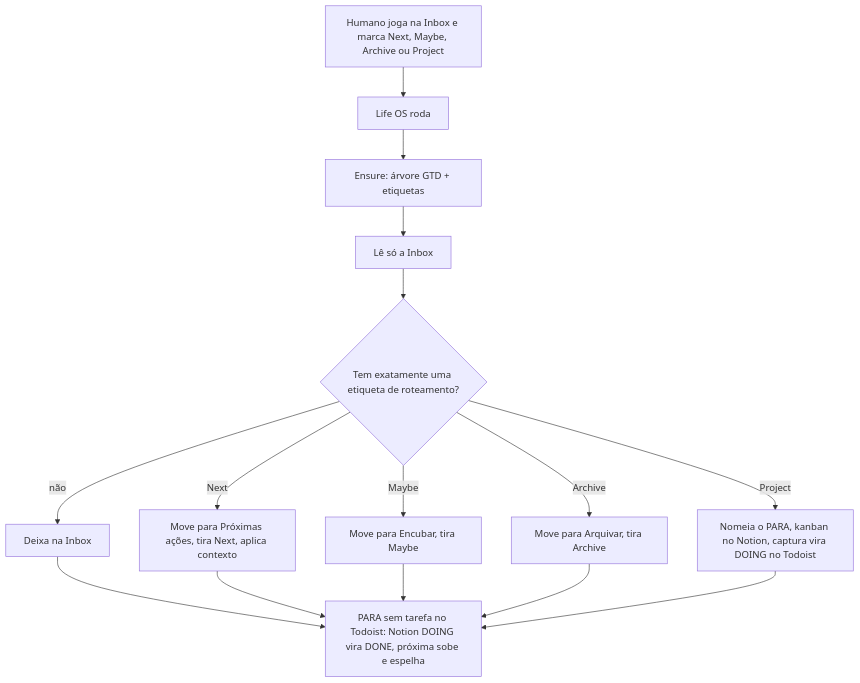
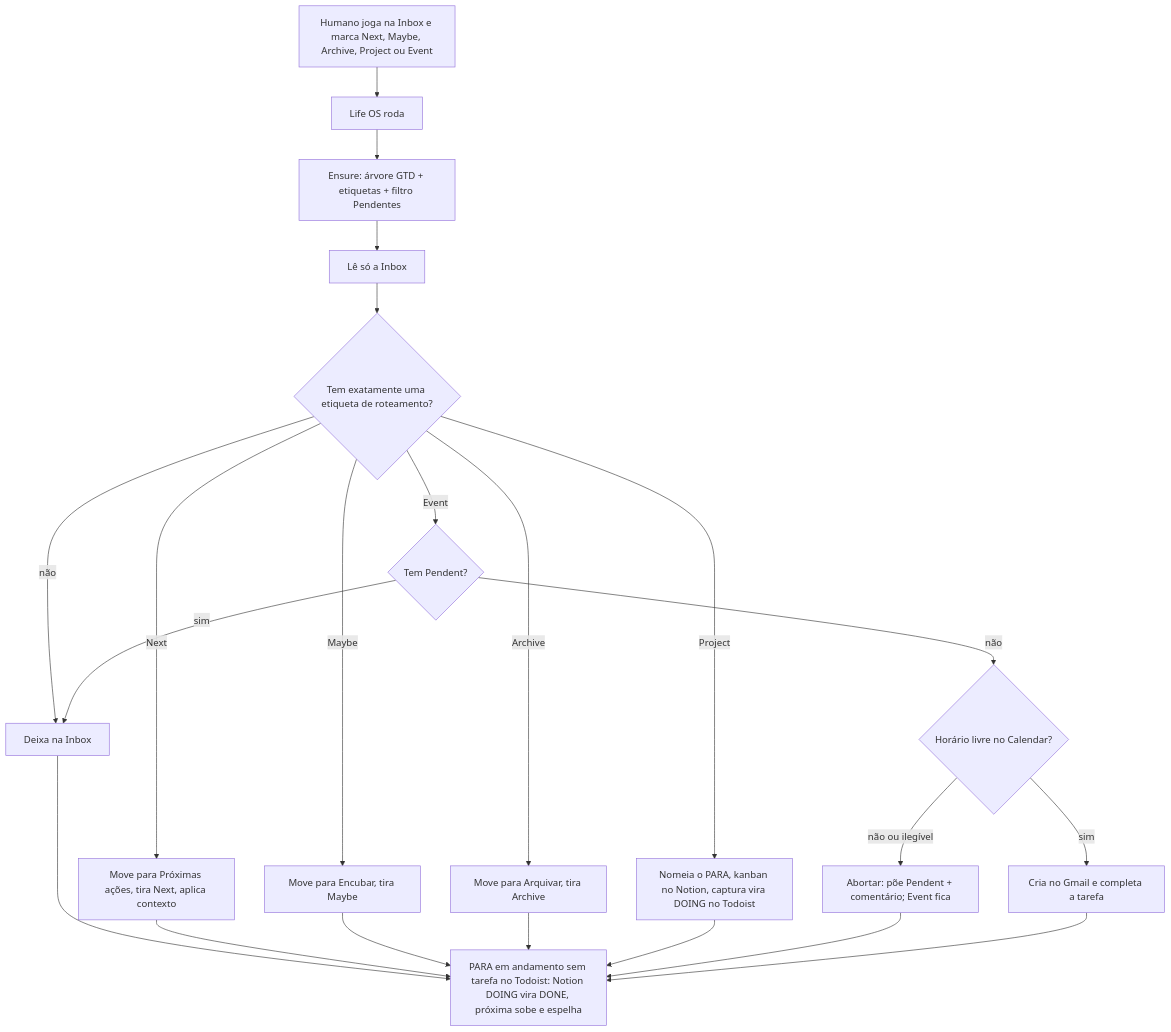
Before and after one commit to leandrobudaumoraes/MyLife: the diagram in docs/specs/01-todoist-fluxo.md, drawn with Mermaid. The commit also changed other lines of this file and 7 other files, not shown here.

````diff
--- a/docs/specs/01-todoist-fluxo.md
+++ b/docs/specs/01-todoist-fluxo.md
@@ -150,18 +174,25 @@
 ```mermaid
 flowchart TB
-  H["Humano joga na Inbox e marca Next, Maybe, Archive ou Project"] --> RUN["Life OS roda"]
-  RUN --> ENSURE["Ensure: árvore GTD + etiquetas"]
+  H["Humano joga na Inbox e marca Next, Maybe, Archive, Project ou Event"] --> RUN["Life OS roda"]
+  RUN --> ENSURE["Ensure: árvore GTD + etiquetas + filtro Pendentes"]
   ENSURE --> INBOX["Lê só a Inbox"]
   INBOX --> FILTRO{"Tem exatamente uma etiqueta de roteamento?"}
   FILTRO -->|não| SKIP["Deixa na Inbox"]
   FILTRO -->|Next| NEXT["Move para Próximas ações, tira Next, aplica contexto"]
   FILTRO -->|Maybe| MAYBE["Move para Encubar, tira Maybe"]
   FILTRO -->|Archive| ARQ["Move para Arquivar, tira Archive"]
   FILTRO -->|Project| PROJ["Nomeia o PARA, kanban no Notion, captura vira DOING no Todoist"]
+  FILTRO -->|Event| PEND{"Tem Pendent?"}
+  PEND -->|sim| SKIP
+  PEND -->|não| SLOT{"Horário livre no Calendar?"}
+  SLOT -->|não ou ilegível| LOCK["Abortar: põe Pendent + comentário; Event fica"]
+  SLOT -->|sim| CAL["Cria no Gmail e completa a tarefa"]
   SKIP --> ADVANCE
   NEXT --> ADVANCE
   MAYBE --> ADVANCE
   ARQ --> ADVANCE
   PROJ --> ADVANCE
-  ADVANCE["PARA sem tarefa no Todoist: Notion DOING vira DONE, próxima sobe e espelha"]
+  LOCK --> ADVANCE
+  CAL --> ADVANCE
+  ADVANCE["PARA em andamento sem tarefa no Todoist: Notion DOING vira DONE, próxima sobe e espelha"]
 ```
````
